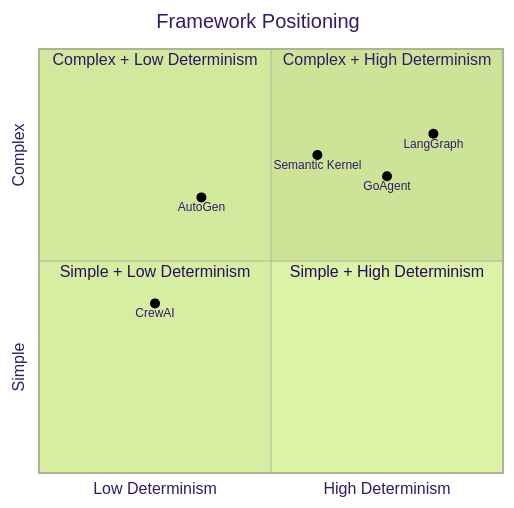
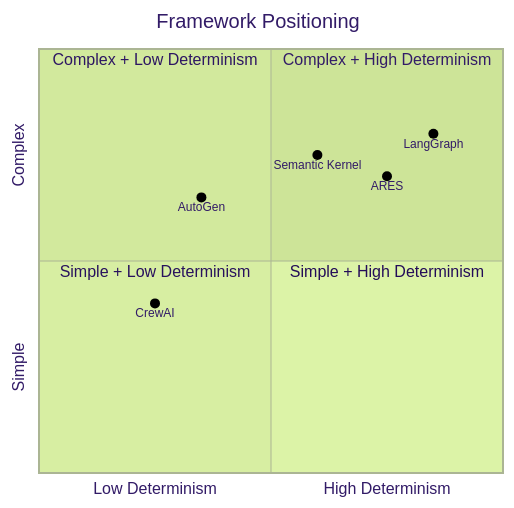
Before and after one commit to Timwood0x10/ARES: diagram 16 of 16 in docs/en/framework-comparison.md, drawn with Mermaid (forest theme). The commit also changed other lines of this file and 184 other files, not shown here.

Commit message:
chore: rebrand project from GoAgent to ARES

````diff
--- a/docs/en/framework-comparison.md
+++ b/docs/en/framework-comparison.md
@@ -689,15 +689,15 @@
 ```mermaid
 quadrantChart
     title Framework Positioning
     x-axis Low Determinism --> High Determinism
     y-axis Simple --> Complex
     quadrant-1 "Complex + High Determinism"
     quadrant-2 "Complex + Low Determinism"
     quadrant-3 "Simple + Low Determinism"
     quadrant-4 "Simple + High Determinism"
     LangGraph: [0.85, 0.80]
-    GoAgent: [0.75, 0.70]
+    ARES: [0.75, 0.70]
     AutoGen: [0.35, 0.65]
     CrewAI: [0.25, 0.40]
     Semantic Kernel: [0.60, 0.75]
 ```
````
